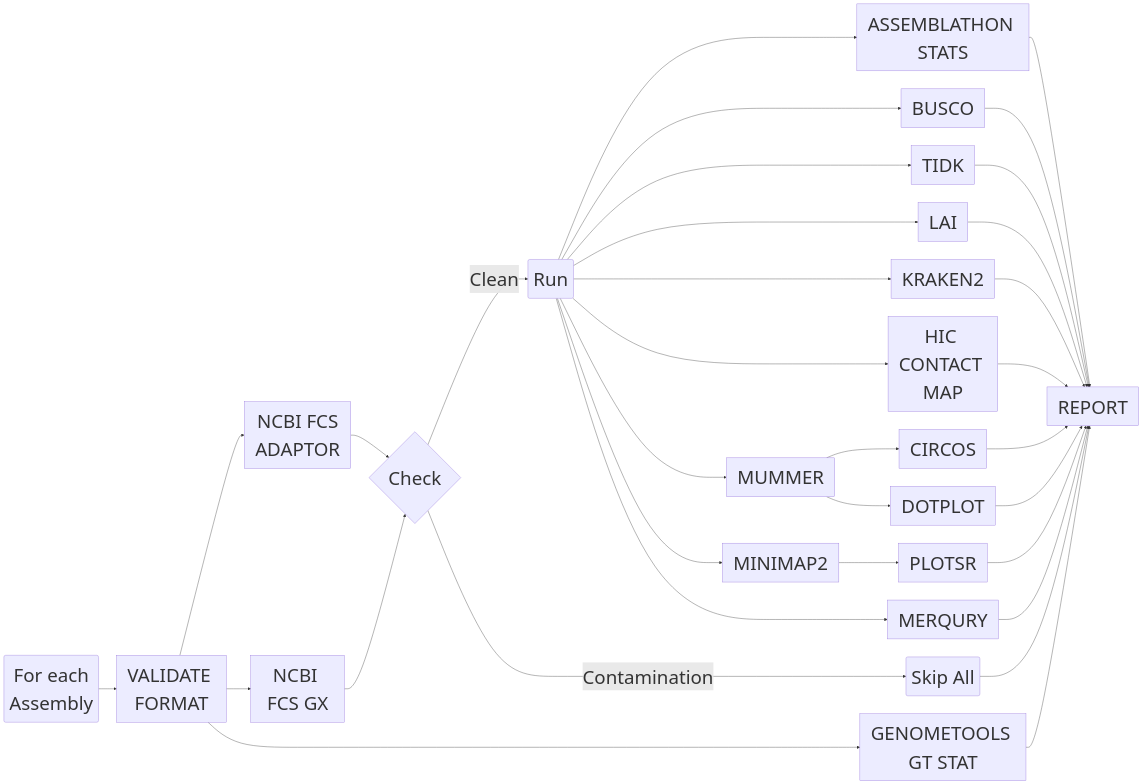
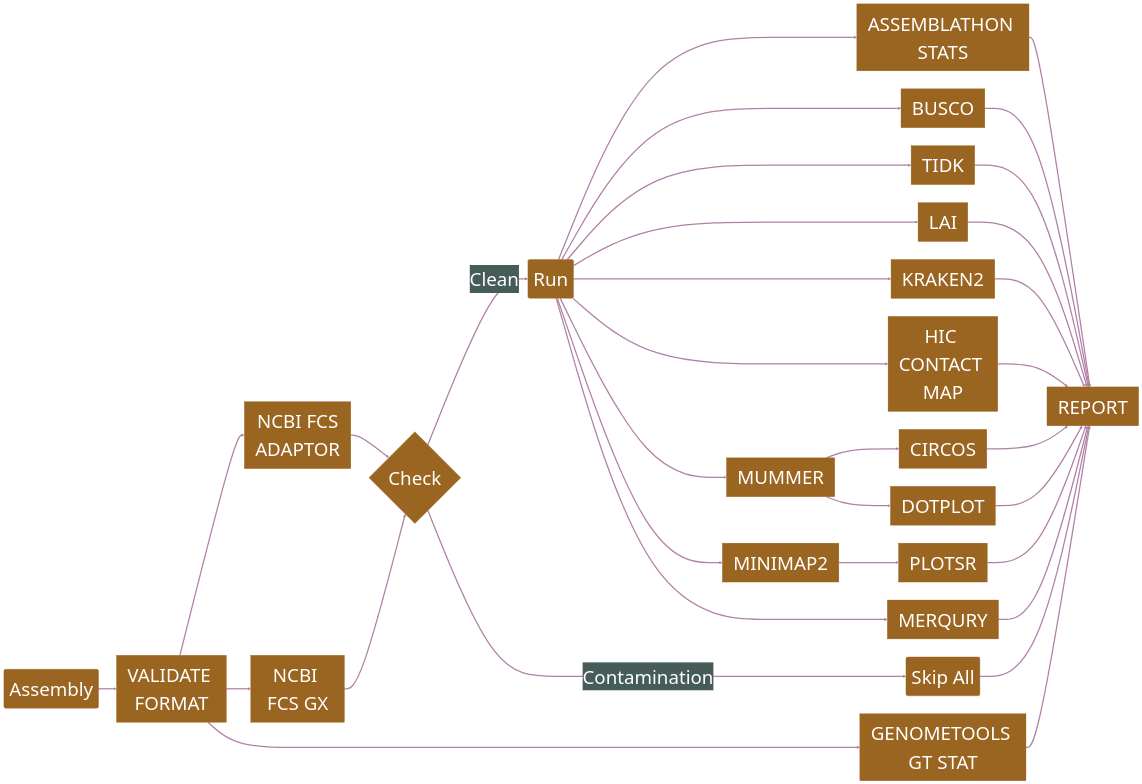
One commit to Plant-Food-Research-Open/assemblyqc changed the diagram in README.md. Above: the diagram before and after it, drawn with Mermaid. The commit also changed other lines of this file, not shown here.

Commit message:
Updated flowchart

````diff
--- a/README.md
+++ b/README.md
@@ -17,48 +17,55 @@
 ```mermaid
 %%{init: {
-  "themeVariables": {
-    "fontSize": "52px"
+    'theme': 'base',
+    'themeVariables': {
+    'fontSize': '52px",
+    'primaryColor': '#9A6421',
+    'primaryTextColor': '#ffffff',
+    'primaryBorderColor': '#9A6421',
+    'lineColor': '#B180A8',
+    'secondaryColor': '#455C58',
+    'tertiaryColor': '#ffffff'
   }
 }}%%
 flowchart LR
-  forEachTag(For each\nAssembly) --> VALIDATE_FORMAT[VALIDATE FORMAT]
+  forEachTag(Assembly) ==> VALIDATE_FORMAT[VALIDATE FORMAT]
 
-  VALIDATE_FORMAT --> ncbiFCS[NCBI FCS\nADAPTOR]
-  ncbiFCS --> Check{Check}
+  VALIDATE_FORMAT ==> ncbiFCS[NCBI FCS\nADAPTOR]
+  ncbiFCS ==> Check{Check}
 
-  VALIDATE_FORMAT --> ncbiGX[NCBI FCS GX]
-  ncbiGX --> Check
-  Check --> |Clean|Run(Run)
+  VALIDATE_FORMAT ==> ncbiGX[NCBI FCS GX]
+  ncbiGX ==> Check
+  Check ==> |Clean|Run(Run)
 
-  Check --> |Contamination|Skip(Skip All)
-  Skip --> REPORT
+  Check ==> |Contamination|Skip(Skip All)
+  Skip ==> REPORT
 
-  VALIDATE_FORMAT --> GFF_STATS[GENOMETOOLS GT STAT]
+  VALIDATE_FORMAT ==> GFF_STATS[GENOMETOOLS GT STAT]
 
-  Run --> ASS_STATS[ASSEMBLATHON STATS]
-  Run --> BUSCO
-  Run --> TIDK
-  Run --> LAI
-  Run --> KRAKEN2
-  Run --> HIC_CONTACT_MAP[HIC CONTACT MAP]
-  Run --> MUMMER
-  Run --> MINIMAP2
-  Run --> MERQURY
+  Run ==> ASS_STATS[ASSEMBLATHON STATS]
+  Run ==> BUSCO
+  Run ==> TIDK
+  Run ==> LAI
+  Run ==> KRAKEN2
+  Run ==> HIC_CONTACT_MAP[HIC CONTACT MAP]
+  Run ==> MUMMER
+  Run ==> MINIMAP2
+  Run ==> MERQURY
 
-  MUMMER --> CIRCOS
-  MUMMER --> DOTPLOT
+  MUMMER ==> CIRCOS
+  MUMMER ==> DOTPLOT
 
-  MINIMAP2 --> PLOTSR
+  MINIMAP2 ==> PLOTSR
 
-  ASS_STATS --> REPORT
-  GFF_STATS --> REPORT
-  BUSCO --> REPORT
-  TIDK --> REPORT
-  LAI --> REPORT
-  KRAKEN2 --> REPORT
-  HIC_CONTACT_MAP --> REPORT
-  CIRCOS --> REPORT
-  DOTPLOT --> REPORT
-  PLOTSR --> REPORT
-  MERQURY --> REPORT
+  ASS_STATS ==> REPORT
+  GFF_STATS ==> REPORT
+  BUSCO ==> REPORT
+  TIDK ==> REPORT
+  LAI ==> REPORT
+  KRAKEN2 ==> REPORT
+  HIC_CONTACT_MAP ==> REPORT
+  CIRCOS ==> REPORT
+  DOTPLOT ==> REPORT
+  PLOTSR ==> REPORT
+  MERQURY ==> REPORT
 ```
````
